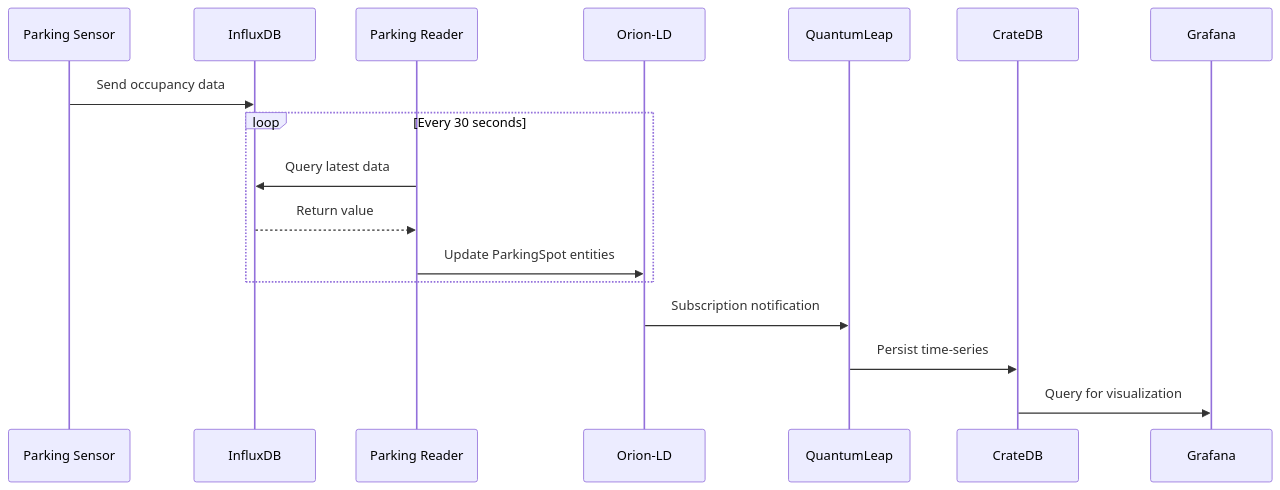
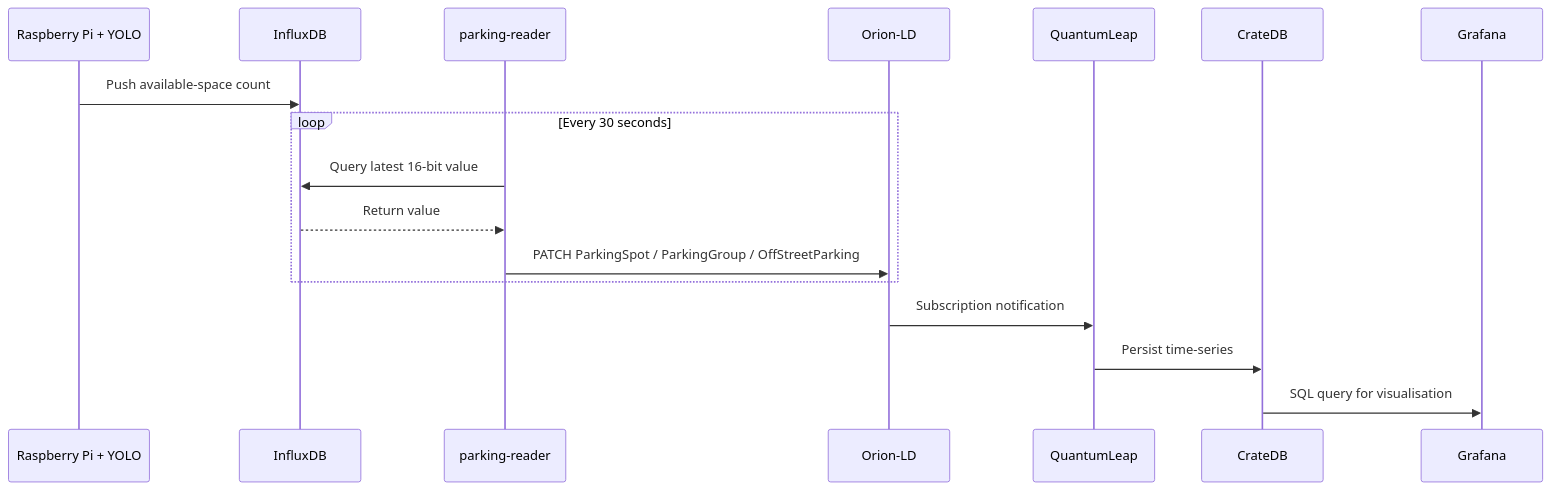
Before and after one commit to alvaro-martin/IC-DT-Smart-Parking-Architecture: the third of 3 diagrams in IC2-digital-twin/README.md, drawn with Mermaid. The commit also changed other lines of this file and 20 other files, not shown here.

````diff
--- a/IC2-digital-twin/README.md
+++ b/IC2-digital-twin/README.md
@@ -201,20 +223,20 @@
 ```mermaid
 sequenceDiagram
-    participant Sensor as Parking Sensor
+    participant Sensor as Raspberry Pi + YOLO
     participant InfluxDB as InfluxDB
-    participant Reader as Parking Reader
+    participant Reader as parking-reader
     participant Orion as Orion-LD
     participant QL as QuantumLeap
     participant CrateDB as CrateDB
     participant Grafana as Grafana
 
-    Sensor->>InfluxDB: Send occupancy data
+    Sensor->>InfluxDB: Push available-space count
     loop Every 30 seconds
-        Reader->>InfluxDB: Query latest data
+        Reader->>InfluxDB: Query latest 16-bit value
         InfluxDB-->>Reader: Return value
-        Reader->>Orion: Update ParkingSpot entities
+        Reader->>Orion: PATCH ParkingSpot / ParkingGroup / OffStreetParking
     end
     Orion->>QL: Subscription notification
     QL->>CrateDB: Persist time-series
-    CrateDB->>Grafana: Query for visualization
+    CrateDB->>Grafana: SQL query for visualisation
 ```
````
